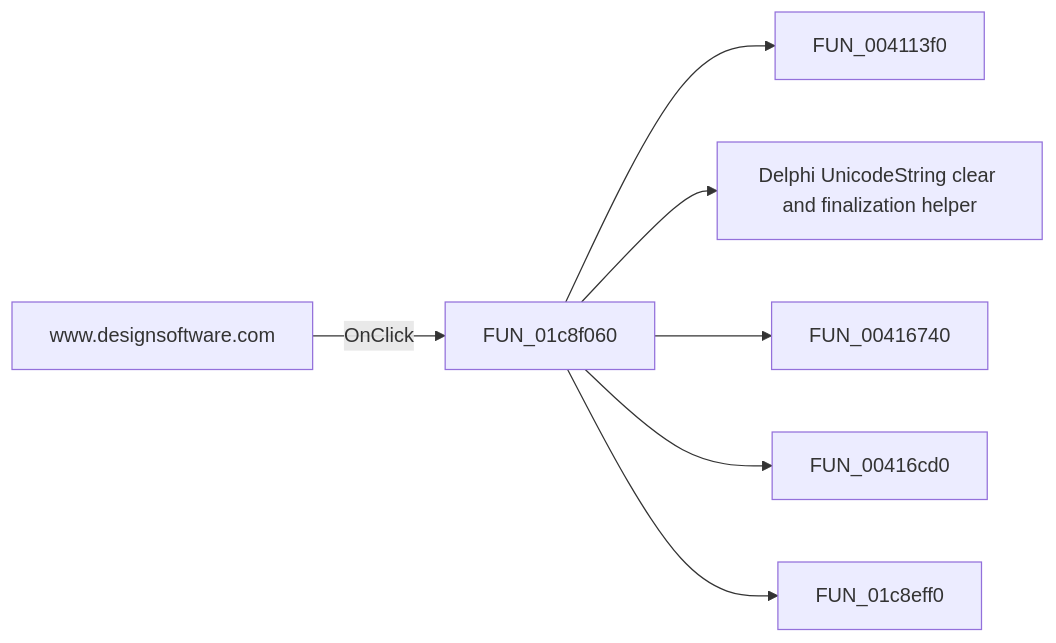
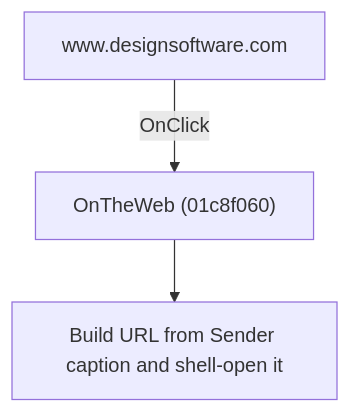
Before and after one commit to MovGP0/TIARA: the diagram in docs/ui-controls/schematiceditor/wwwdesignsoftwarecom-1d3c81e91b.md, drawn with Mermaid. The commit also changed other lines of this file and 1062 other files, not shown here.

````diff
--- a/docs/ui-controls/schematiceditor/wwwdesignsoftwarecom-1d3c81e91b.md
+++ b/docs/ui-controls/schematiceditor/wwwdesignsoftwarecom-1d3c81e91b.md
@@ -27,9 +27,5 @@
 ```mermaid
-flowchart LR
-    control["www.designsoftware.com"] -->|OnClick| handler["FUN_01c8f060"]
-    handler --> call1["FUN_004113f0"]
-    handler --> call2["Delphi UnicodeString clear and finalization helper"]
-    handler --> call3["FUN_00416740"]
-    handler --> call4["FUN_00416cd0"]
-    handler --> call5["FUN_01c8eff0"]
+flowchart TD
+    control["www.designsoftware.com"] -->|"OnClick"| handler["OnTheWeb (01c8f060)"]
+    handler --> action["Build URL from Sender caption and shell-open it"]
 ```
````
